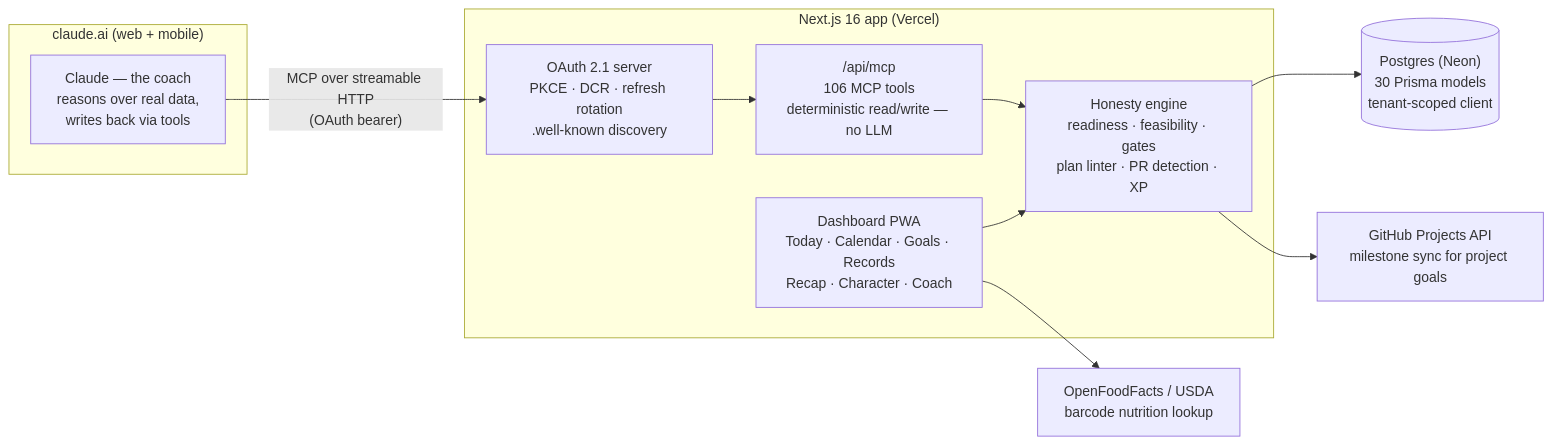
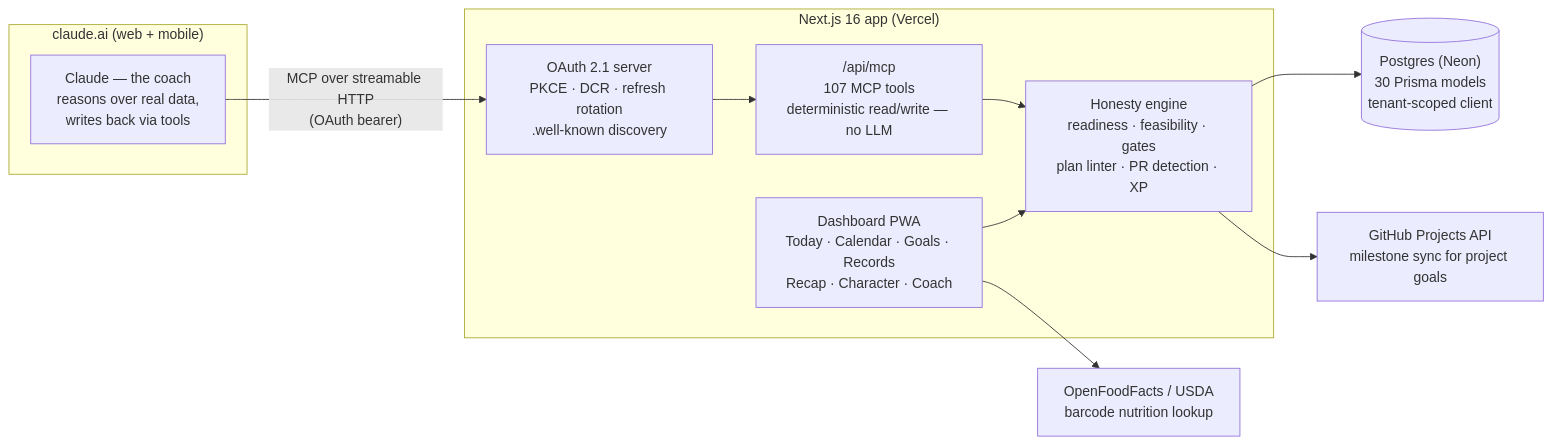
One commit to jronnomo/Goaldmine changed the first of 2 diagrams in README.md. Above: the diagram before and after it, drawn with Mermaid. The commit also changed other lines of this file and 1 other file, not shown here.

````diff
--- a/README.md
+++ b/README.md
@@ -28,24 +28,24 @@
 ```mermaid
 flowchart LR
     subgraph Coach["claude.ai (web + mobile)"]
         CLAUDE["Claude — the coach<br/>reasons over real data,<br/>writes back via tools"]
     end
 
     subgraph App["Next.js 16 app (Vercel)"]
         OAUTH["OAuth 2.1 server<br/>PKCE · DCR · refresh rotation<br/>.well-known discovery"]
-        MCP["/api/mcp<br/>106 MCP tools<br/>deterministic read/write — no LLM"]
+        MCP["/api/mcp<br/>107 MCP tools<br/>deterministic read/write — no LLM"]
         ENGINE["Honesty engine<br/>readiness · feasibility · gates<br/>plan linter · PR detection · XP"]
         DASH["Dashboard PWA<br/>Today · Calendar · Goals · Records<br/>Recap · Character · Coach"]
         OAUTH --> MCP --> ENGINE
         DASH --> ENGINE
     end
 
     DB[("Postgres (Neon)<br/>30 Prisma models<br/>tenant-scoped client")]
     GH["GitHub Projects API<br/>milestone sync for project goals"]
     FOOD["OpenFoodFacts / USDA<br/>barcode nutrition lookup"]
 
     CLAUDE -- "MCP over streamable HTTP<br/>(OAuth bearer)" --> OAUTH
     ENGINE --> DB
     ENGINE --> GH
     DASH --> FOOD
 ```
````
